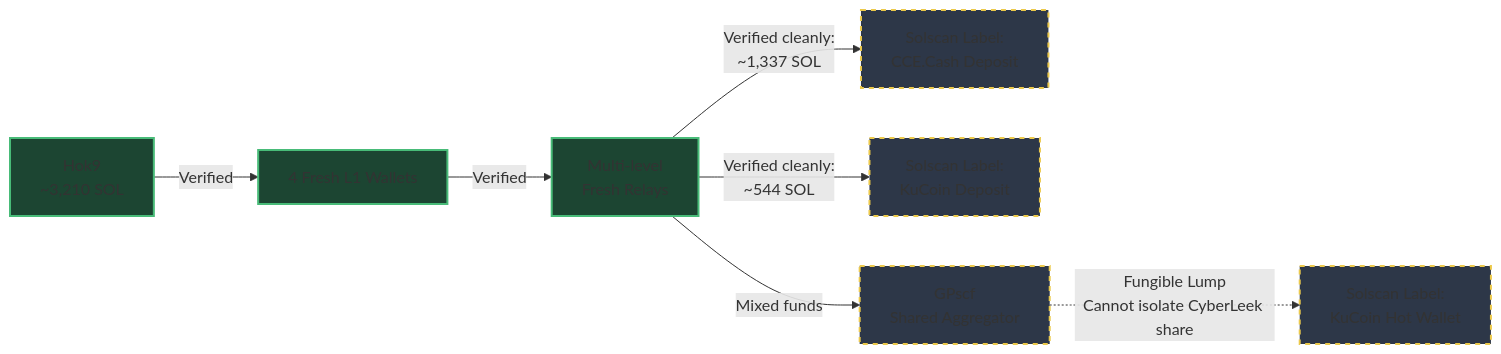
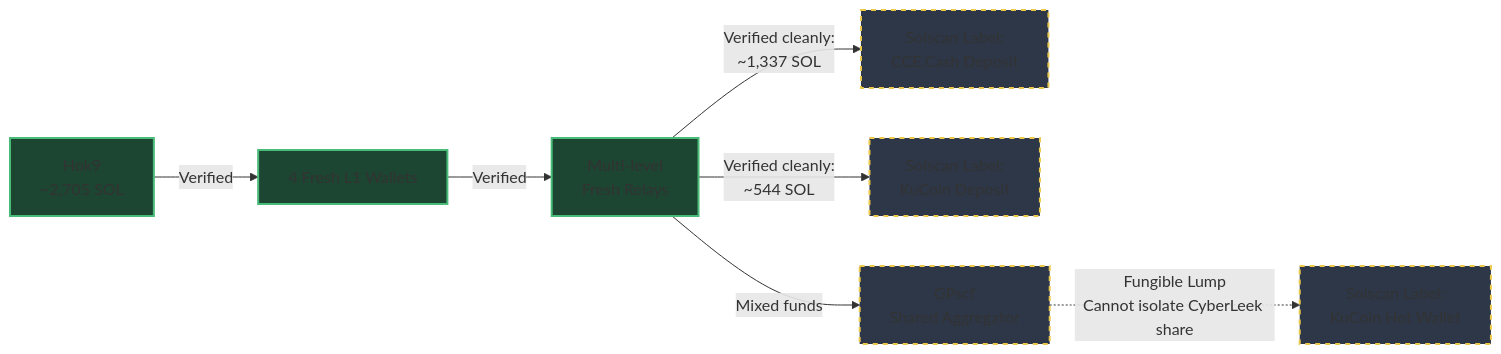
One commit to xorextrace/cyberleek-onchain changed the third of 3 diagrams in CYBERLEEK_ONCHAIN_ANALYSIS_REPORT.md. Above: the diagram before and after it, drawn with Mermaid. The commit also changed other lines of this file, not shown here.

````diff
--- a/CYBERLEEK_ONCHAIN_ANALYSIS_REPORT.md
+++ b/CYBERLEEK_ONCHAIN_ANALYSIS_REPORT.md
@@ -697,12 +705,12 @@
 ```mermaid
 graph LR
     classDef Verified fill:#1c4532,stroke:#48bb78,stroke-width:2px;
     classDef Label fill:#2d3748,stroke:#ecc94b,stroke-width:2px,stroke-dasharray: 5 5;
 
-    Deployer[Hok9<br>~3,210 SOL]:::Verified -->|Verified| R1[4 Fresh L1 Wallets]:::Verified
+    Deployer[Hok9<br>~2,705 SOL]:::Verified -->|Verified| R1[4 Fresh L1 Wallets]:::Verified
     R1 -->|Verified| R2[Multi-level<br>Fresh Relays]:::Verified
     R2 -->|Verified cleanly:<br>~1,337 SOL| CCE[Solscan Label:<br>CCE.Cash Deposit]:::Label
     R2 -->|Verified cleanly:<br>~544 SOL| KCDep[Solscan Label:<br>KuCoin Deposit]:::Label
     R2 -->|Mixed funds| GP[GPscf<br>Shared Aggregator]:::Label
     GP -.->|Fungible Lump<br>Cannot isolate CyberLeek share| KCHot[Solscan Label:<br>KuCoin Hot Wallet]:::Label
 ```
````
